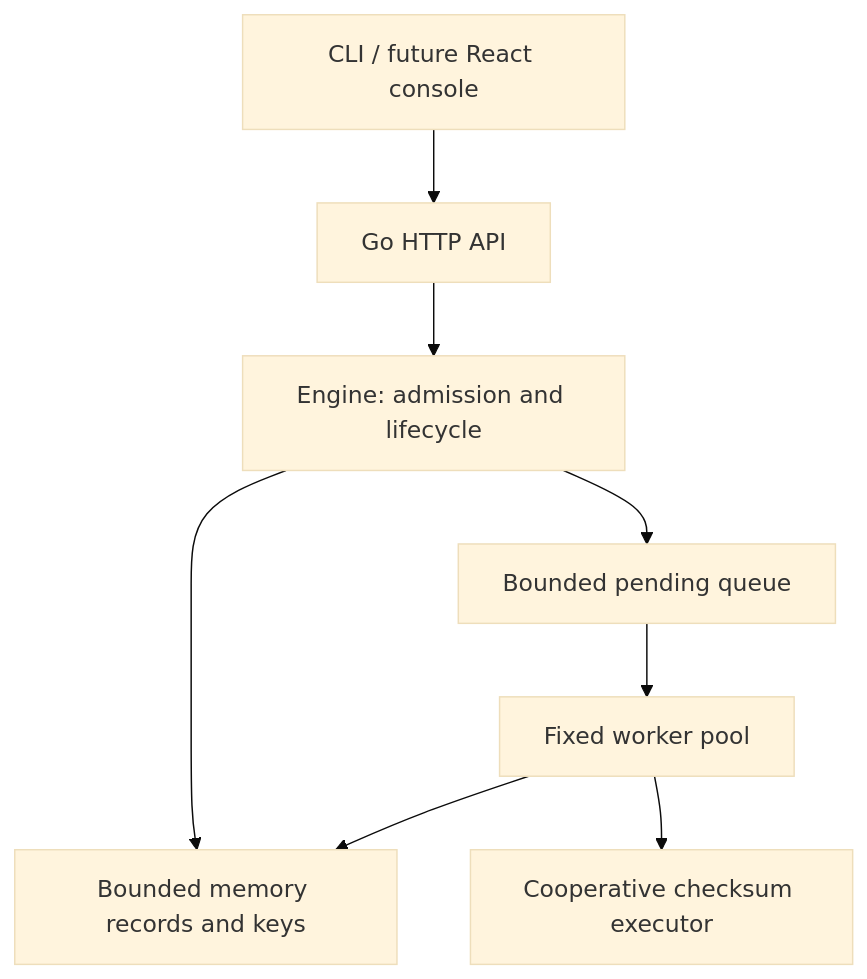
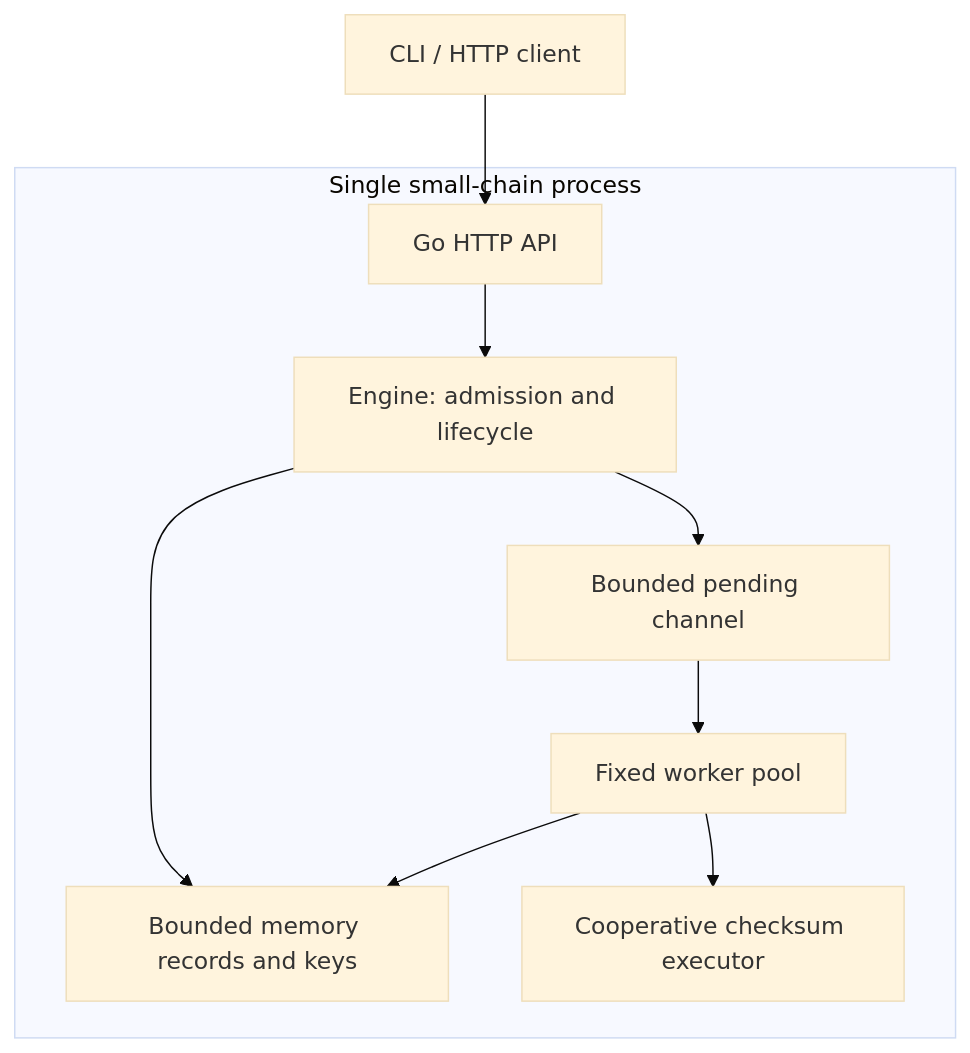
Before and after one commit to w4llisz/small-chain-platform: the second of 2 diagrams in README.md, drawn with Mermaid (base theme). The commit also changed other lines of this file and 3 other files, not shown here.

Commit message:
docs: map current execution and observability architecture

````diff
--- a/README.md
+++ b/README.md
@@ -76,10 +104,12 @@
 ```mermaid
 flowchart TD
-  Client["CLI / future React console"] --> API["Go HTTP API"]
-  API --> Engine["Engine: admission and lifecycle"]
-  Engine --> State["Bounded memory records and keys"]
-  Engine --> Queue["Bounded pending queue"]
-  Queue --> Workers["Fixed worker pool"]
-  Workers --> Executor["Cooperative checksum executor"]
-  Workers --> State
+  Client["CLI / HTTP client"] --> API["Go HTTP API"]
+  subgraph Process["Single small-chain process"]
+    API --> Engine["Engine: admission and lifecycle"]
+    Engine --> State["Bounded memory records and keys"]
+    Engine --> Queue["Bounded pending channel"]
+    Queue --> Workers["Fixed worker pool"]
+    Workers --> Executor["Cooperative checksum executor"]
+    Workers --> State
+  end
 ```
````
